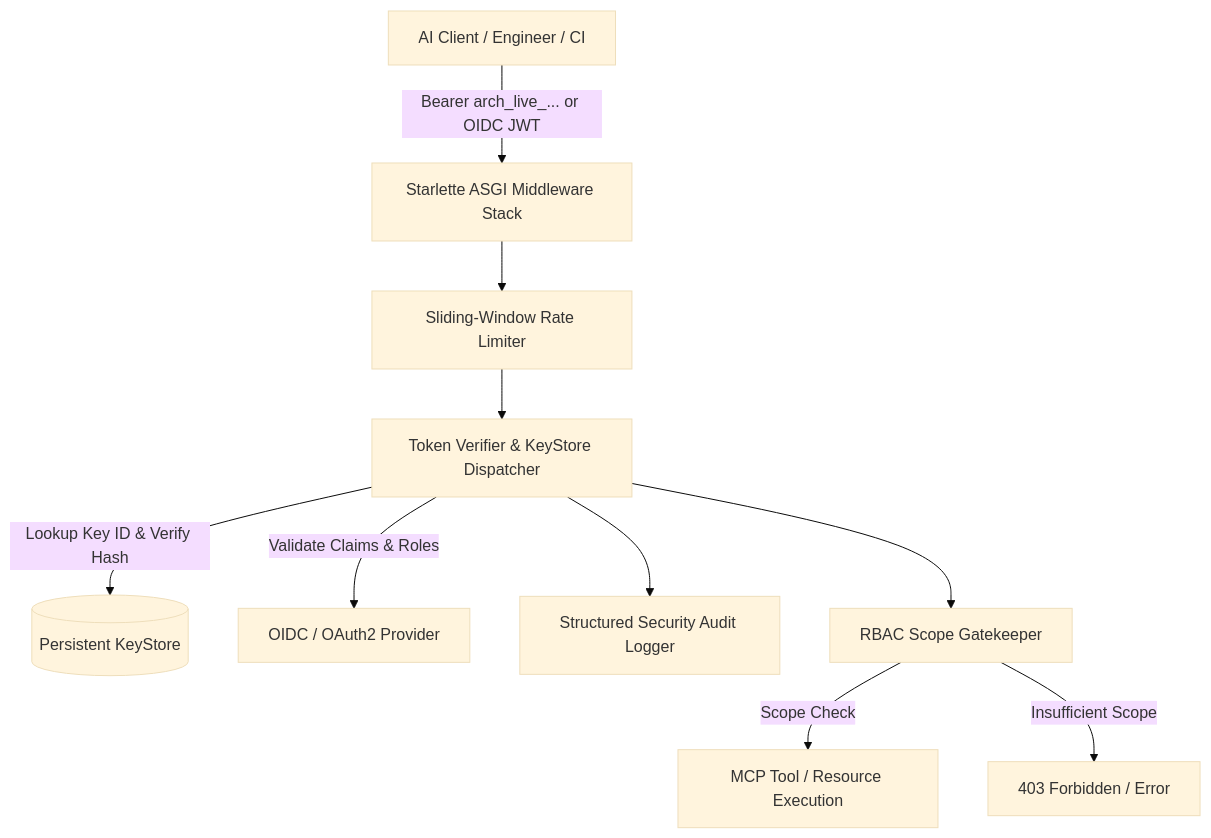
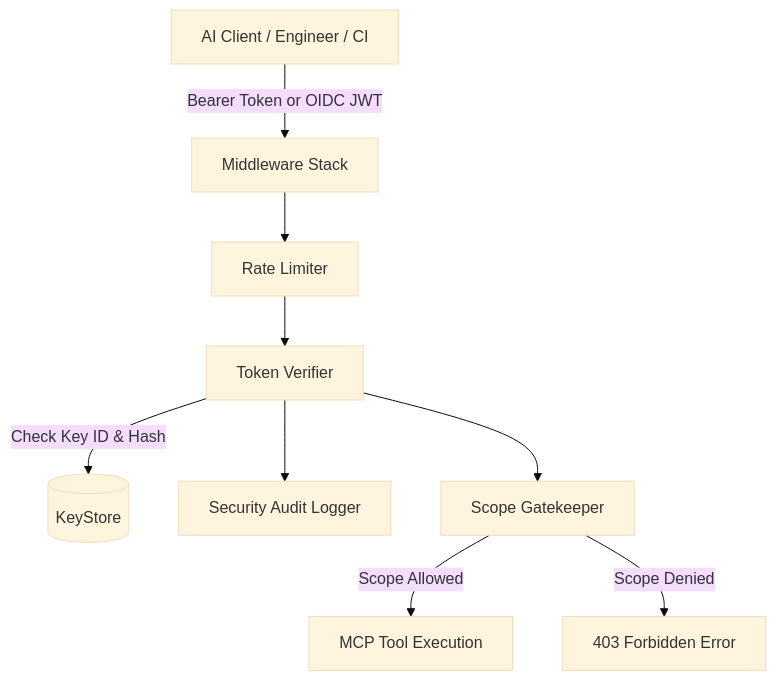
The diagram in docs/security_architecture.md (ShubhamScript/archmcp), drawn with Mermaid (base theme) before and after one commit. The commit also changed other lines of this file and 22 other files, not shown here.

````diff
--- a/docs/security_architecture.md
+++ b/docs/security_architecture.md
@@ -7,12 +9,11 @@
 ```mermaid
 flowchart TD
-    Client[AI Client / Engineer / CI] -->|Bearer arch_live_... or OIDC JWT| Ingress[Starlette ASGI Middleware Stack]
-    Ingress --> RateLimit[Sliding-Window Rate Limiter]
-    RateLimit --> Auth[Token Verifier & KeyStore Dispatcher]
-    Auth -->|Lookup Key ID & Verify Hash| KS[(Persistent KeyStore)]
-    Auth -->|Validate Claims & Roles| OIDC[OIDC / OAuth2 Provider]
-    Auth --> Audit[Structured Security Audit Logger]
-    Auth --> ScopeGate[RBAC Scope Gatekeeper]
-    ScopeGate -->|Scope Check| ToolExec[MCP Tool / Resource Execution]
-    ScopeGate -->|Insufficient Scope| Denied[403 Forbidden / Error]
+    Client[AI Client / Engineer / CI] -->|Bearer Token or OIDC JWT| Ingress[Middleware Stack]
+    Ingress --> RateLimit[Rate Limiter]
+    RateLimit --> Auth[Token Verifier]
+    Auth -->|Check Key ID & Hash| KS[(KeyStore)]
+    Auth --> Audit[Security Audit Logger]
+    Auth --> ScopeGate[Scope Gatekeeper]
+    ScopeGate -->|Scope Allowed| ToolExec[MCP Tool Execution]
+    ScopeGate -->|Scope Denied| Denied[403 Forbidden Error]
 ```
````
